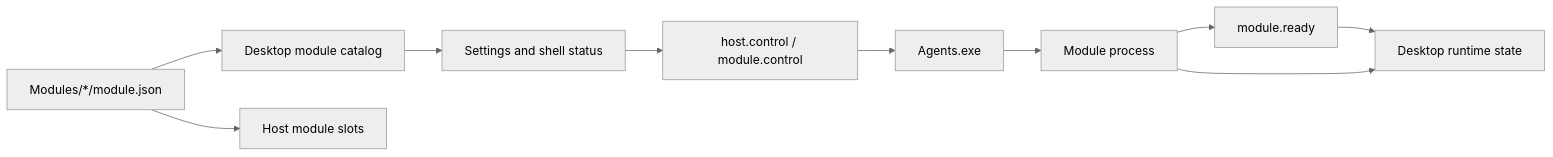
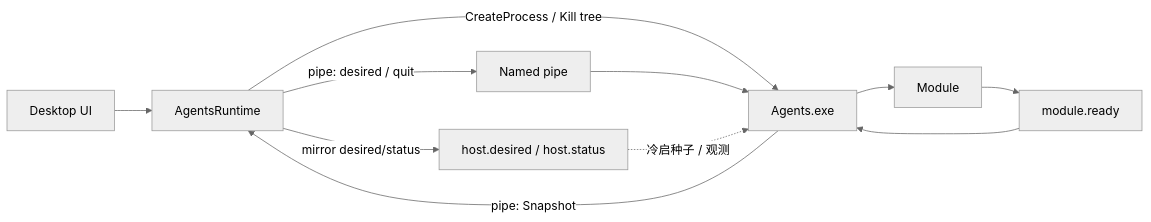
Before and after one commit to pacmandoh/pactoolkits: the diagram in docs/architecture/agents.md, drawn with Mermaid (neutral theme). The commit also changed other lines of this file and 6 other files, not shown here.

First line of the commit message:
docs: document Agents desired and Host supervision model

````diff
--- a/docs/architecture/agents.md
+++ b/docs/architecture/agents.md
@@ -82,12 +51,13 @@
 ```mermaid
 flowchart LR
-  Disk["Modules/*/module.json"] --> DesktopCatalog["Desktop module catalog"]
-  Disk --> HostSlots["Host module slots"]
-  DesktopCatalog --> DesktopUI["Settings and shell status"]
-  DesktopUI --> Control["host.control / module.control"]
-  Control --> Host["Agents.exe"]
-  Host --> Module["Module process"]
+  UI["Desktop UI"] --> Runtime["AgentsRuntime"]
+  Runtime -->|"CreateProcess / Kill tree"| Host["Agents.exe"]
+  Runtime -->|"pipe: desired / quit"| Pipe["Named pipe"]
+  Pipe --> Host
+  Runtime -->|"mirror desired/status"| Files["host.desired / host.status"]
+  Files -.->|"冷启种子 / 观测"| Host
+  Host --> Module["Module"]
   Module --> Ready["module.ready"]
-  Ready --> DesktopState["Desktop runtime state"]
-  Module --> DesktopState
+  Ready --> Host
+  Host -->|"pipe: Snapshot"| Runtime
 ```
````
